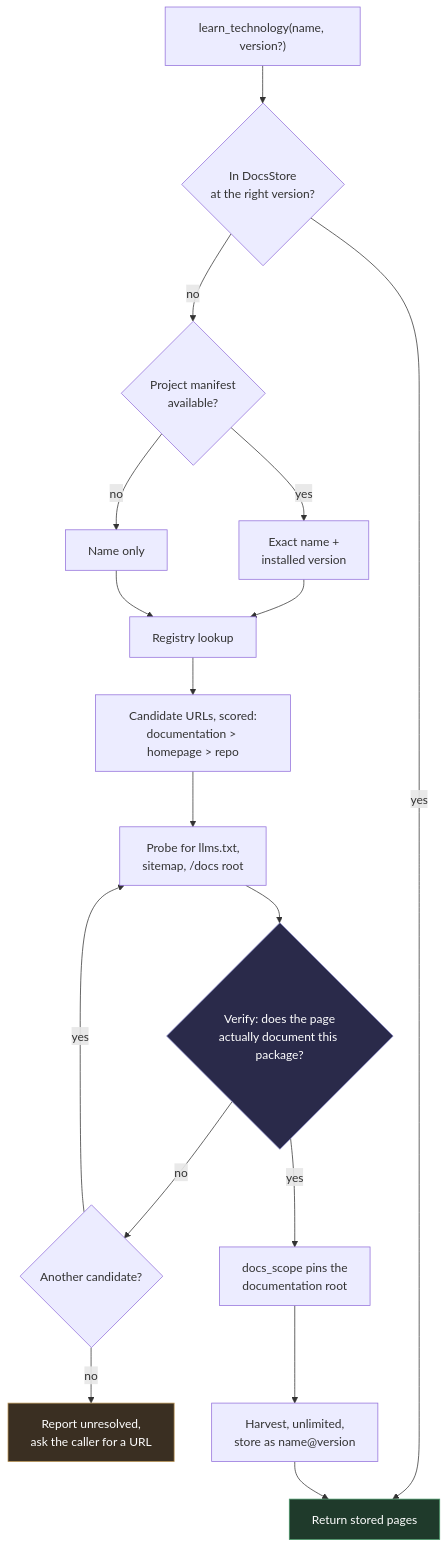
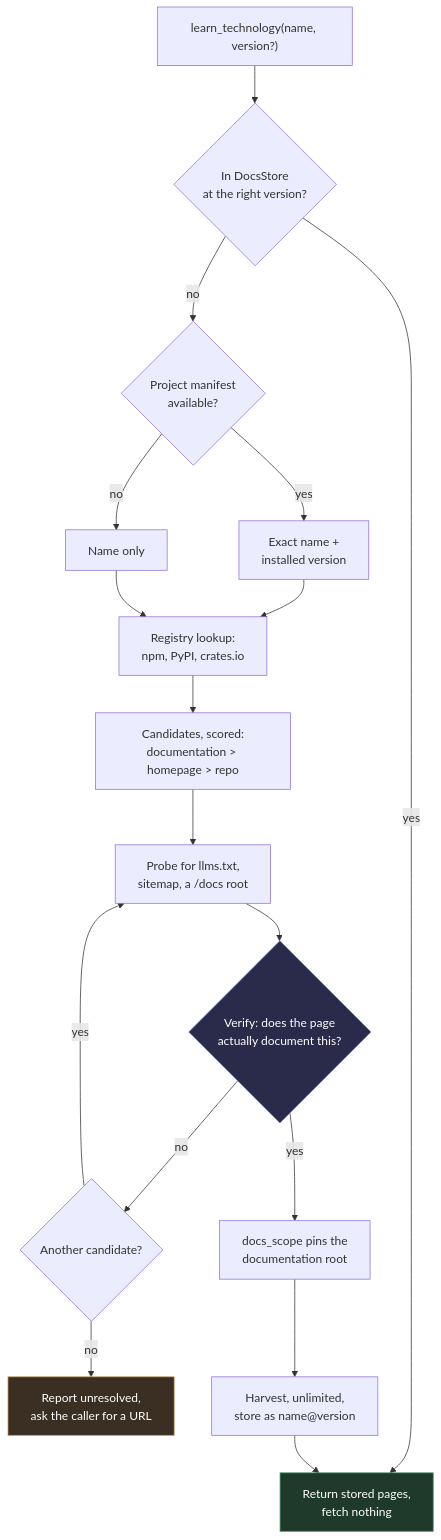
The second of 4 diagrams in PROPOSAL.md (R204570/DocsForge), drawn with Mermaid before and after one commit. The commit also changed other lines of this file and 1 other file, not shown here.

````diff
--- a/PROPOSAL.md
+++ b/PROPOSAL.md
@@ -158,28 +113,28 @@
 ```mermaid
 flowchart TD
     Q["learn_technology(name, version?)"] --> S{"In DocsStore<br/>at the right version?"}
-    S -- yes --> R["Return stored pages"]
+    S -- yes --> R["Return stored pages,<br/>fetch nothing"]
 
     S -- no --> M{"Project manifest<br/>available?"}
     M -- yes --> MV["Exact name +<br/>installed version"]
     M -- no --> MN["Name only"]
 
-    MV --> RG["Registry lookup"]
+    MV --> RG["Registry lookup:<br/>npm, PyPI, crates.io"]
     MN --> RG
-    RG --> CAND["Candidate URLs, scored:<br/>documentation &gt; homepage &gt; repo"]
+    RG --> CAND["Candidates, scored:<br/>documentation &gt; homepage &gt; repo"]
 
-    CAND --> PROBE["Probe for llms.txt,<br/>sitemap, /docs root"]
-    PROBE --> V{"Verify: does the page<br/>actually document this package?"}
+    CAND --> PROBE["Probe for llms.txt,<br/>sitemap, a /docs root"]
+    PROBE --> V{"Verify: does the page<br/>actually document this?"}
 
     V -- no --> NEXT{"Another candidate?"}
     NEXT -- yes --> PROBE
     NEXT -- no --> FAIL["Report unresolved,<br/>ask the caller for a URL"]
 
     V -- yes --> SCOPE["docs_scope pins the<br/>documentation root"]
     SCOPE --> H["Harvest, unlimited,<br/>store as name@version"]
     H --> R
 
     style R fill:#1f3a2b,stroke:#4a9a6a,color:#fff
     style FAIL fill:#3a2f22,stroke:#c09a5a,color:#fff
     style V fill:#2a2a4a,stroke:#7a7ac0,color:#fff
 ```
````
